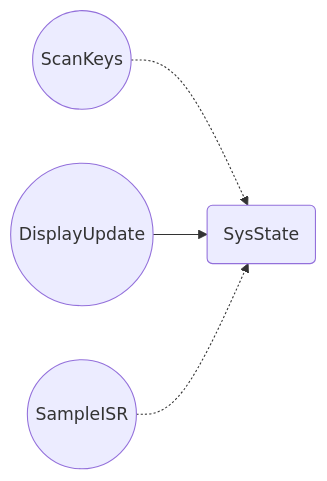
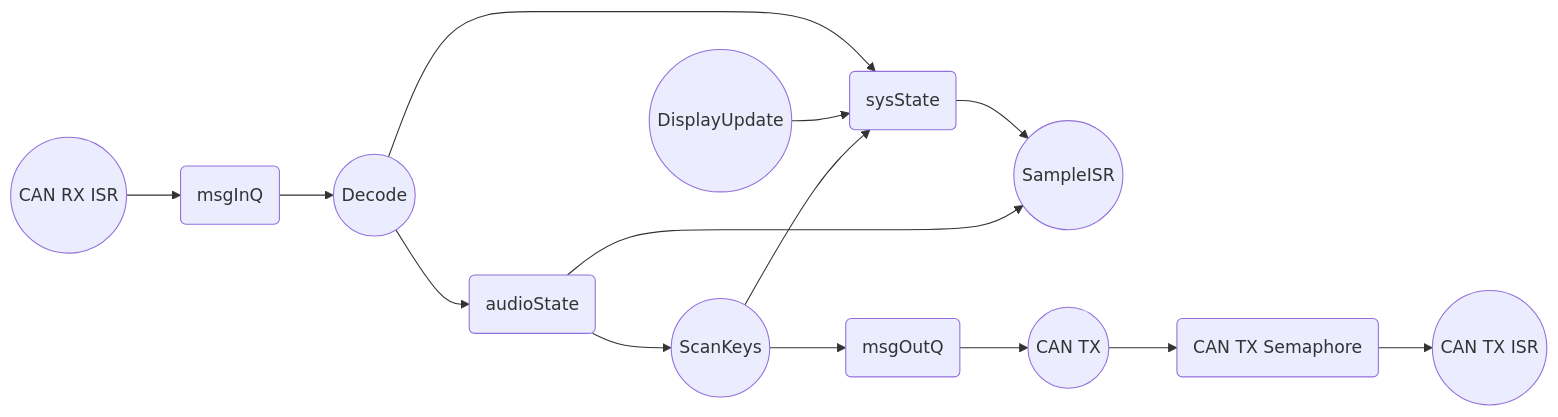
The diagram in README.md (githubDill/WeSellYourData-ES-Synth), drawn with Mermaid before and after one commit.

Commit message:
updated flowchart

````diff
--- a/README.md
+++ b/README.md
@@ -165,10 +165,34 @@
 ```mermaid
 flowchart LR
 id1((ScanKeys))
 id2((DisplayUpdate))
 id3((SampleISR))
-id4(SysState)
-id1-.->id4
-id2-->id4
-id3-.->id4
+id4((Decode))
+id6((CAN TX))
+id12((CAN TX ISR))
+id7((CAN RX ISR))
+id5(audioState)
+id8(sysState)
+id9(msgOutQ)
+id10(msgInQ)
+id11(CAN TX Semaphore)
+id4-->id5
+
+id5-->id1
+id5-->id3
+
+id1-->id8
+id2-->id8
+id4-->id8
+
+id8-->id3
+
+id1-->id9
+id9-->id6
+
+id7-->id10
+id10-->id4
+
+id6-->id11
+id11-->id12
 ```
````
